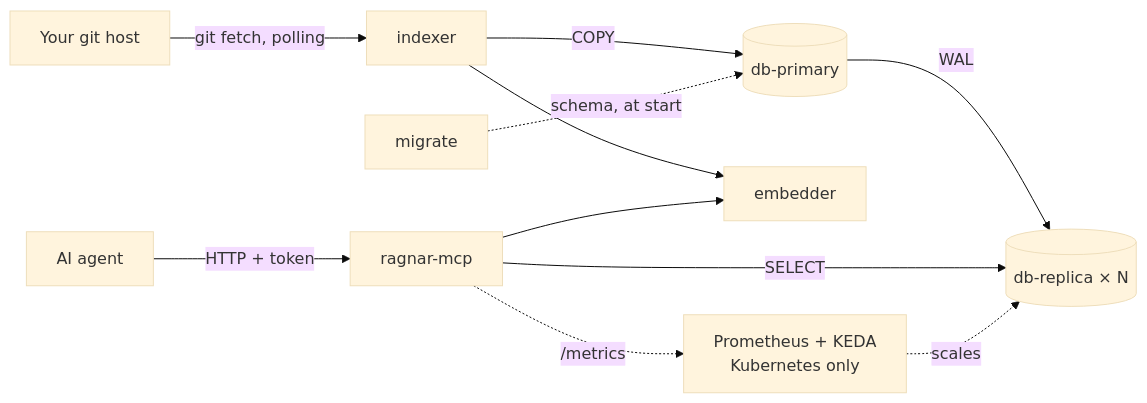
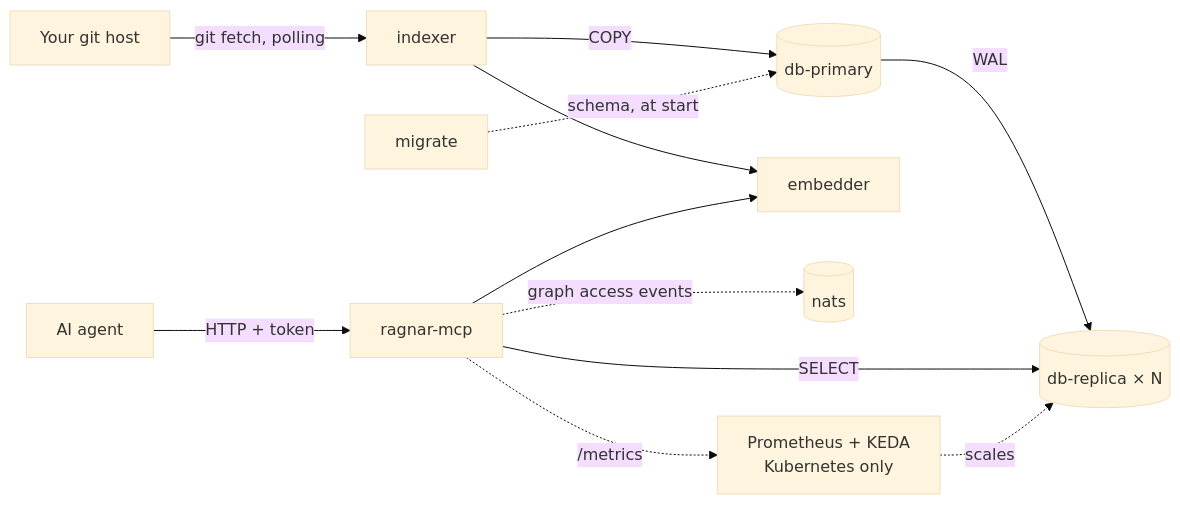
The diagram in example/README.md (pedrojr/ragnar), drawn with Mermaid (base theme) before and after one commit. The commit also changed other lines of this file and 13 other files, not shown here.

First line of the commit message:
docs: cover cross-repository edges, ACL globs, graph access events and ragnar gc

````diff
--- a/example/README.md
+++ b/example/README.md
@@ -7,13 +7,14 @@
 ```mermaid
 flowchart LR
     repo[Your git host] -- "git fetch, polling" --> worker[indexer]
     worker -- COPY --> primary[(db-primary)]
     worker --> embedder
     migrate -. "schema, at start" .-> primary
     primary -- WAL --> replicas[(db-replica × N)]
     agent[AI agent] -- "HTTP + token" --> mcp[ragnar-mcp]
     mcp -- SELECT --> replicas
     mcp --> embedder
+    mcp -. "graph access events" .-> nats[(nats)]
     mcp -. "/metrics" .-> keda[Prometheus + KEDA<br/>Kubernetes only]
     keda -. "scales" .-> replicas
 ```
````
